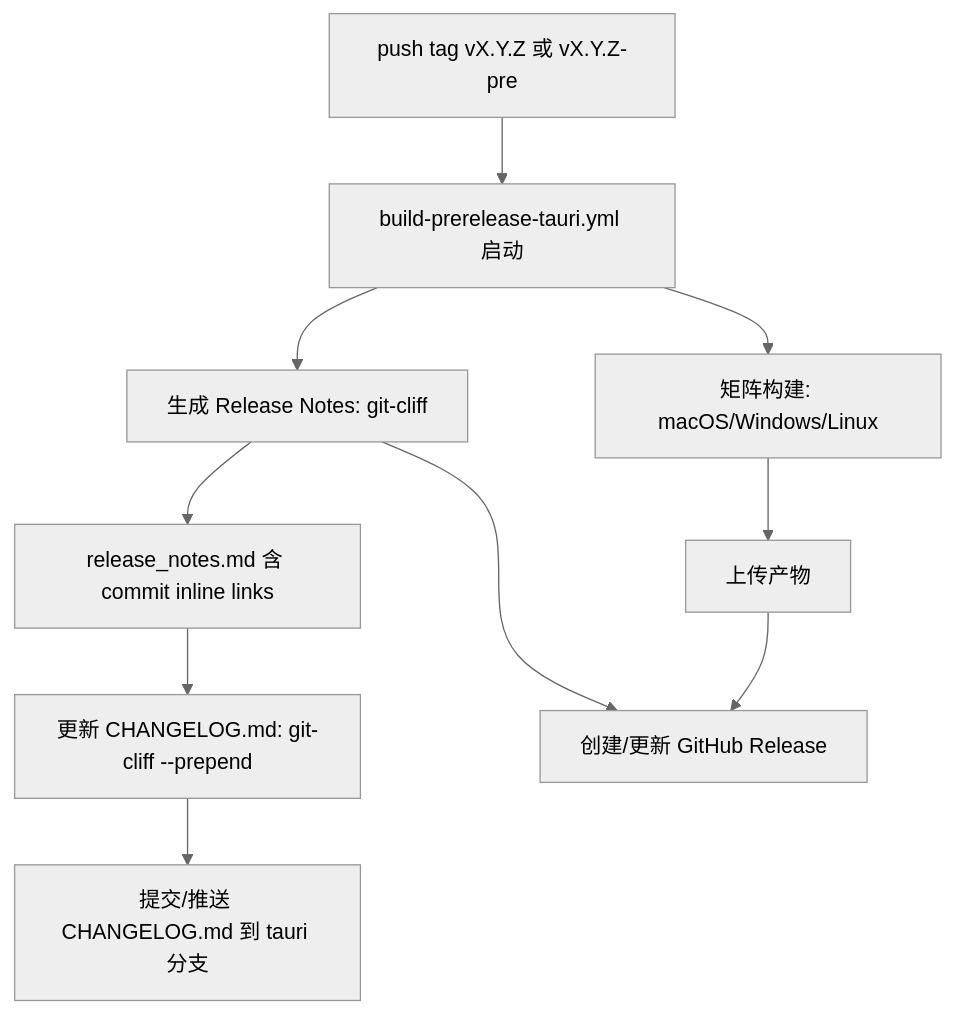
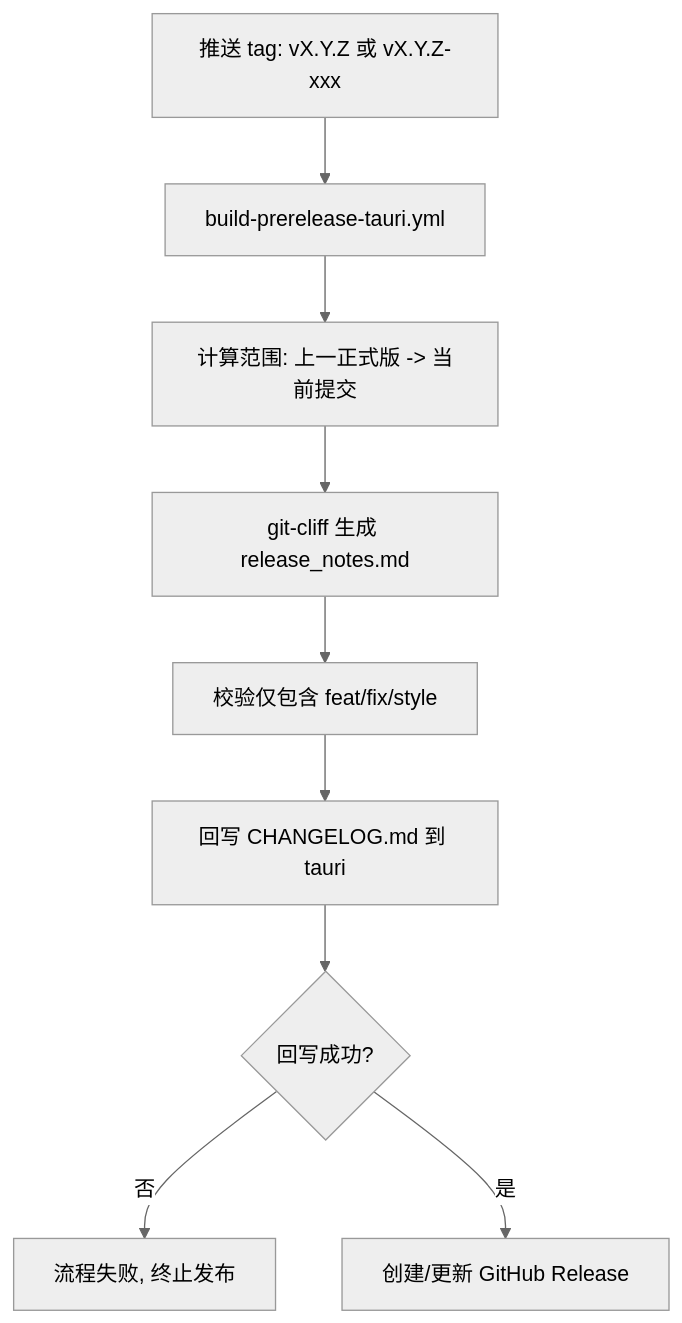
One commit to xiaoliuzhuan/model-relay-desktop changed the diagram in docs/deep-research-report.md. Above: the diagram before and after it, drawn with Mermaid (neutral theme). The commit also changed other lines of this file, not shown here.

First line of the commit message:
docs(changelog): 定版自动生成发布说明与 CHANGELOG 的实施规范

````diff
--- a/docs/deep-research-report.md
+++ b/docs/deep-research-report.md
@@ -236,12 +37,11 @@
 ```mermaid
 flowchart TD
-  A[push tag vX.Y.Z 或 vX.Y.Z-pre] --> B[build-prerelease-tauri.yml 启动]
-  B --> C[矩阵构建: macOS/Windows/Linux]
-  B --> D[生成 Release Notes: git-cliff]
-  D --> E[release_notes.md 含 commit inline links]
-  E --> F[更新 CHANGELOG.md: git-cliff --prepend]
-  F --> G[提交/推送 CHANGELOG.md 到 tauri 分支]
-  C --> H[上传产物]
-  D --> I[创建/更新 GitHub Release]
-  H --> I
+  A[推送 tag: vX.Y.Z 或 vX.Y.Z-xxx] --> B[build-prerelease-tauri.yml]
+  B --> C[计算范围: 上一正式版 -> 当前提交]
+  C --> D[git-cliff 生成 release_notes.md]
+  D --> E[校验仅包含 feat/fix/style]
+  E --> F[回写 CHANGELOG.md 到 tauri]
+  F --> G{回写成功?}
+  G -- 否 --> H[流程失败, 终止发布]
+  G -- 是 --> I[创建/更新 GitHub Release]
 ```
````
